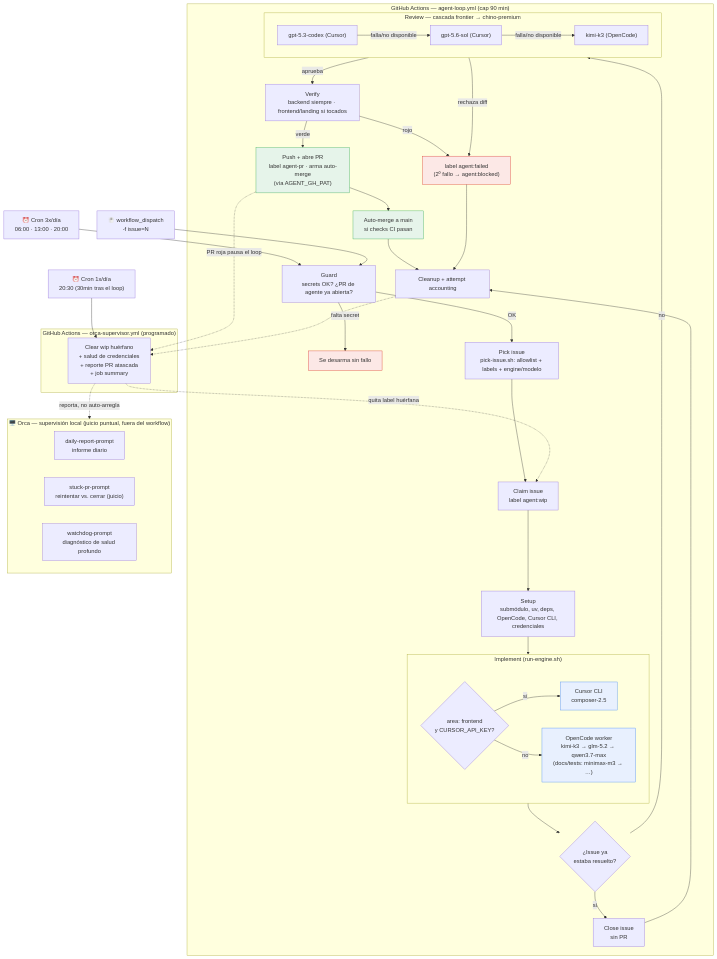
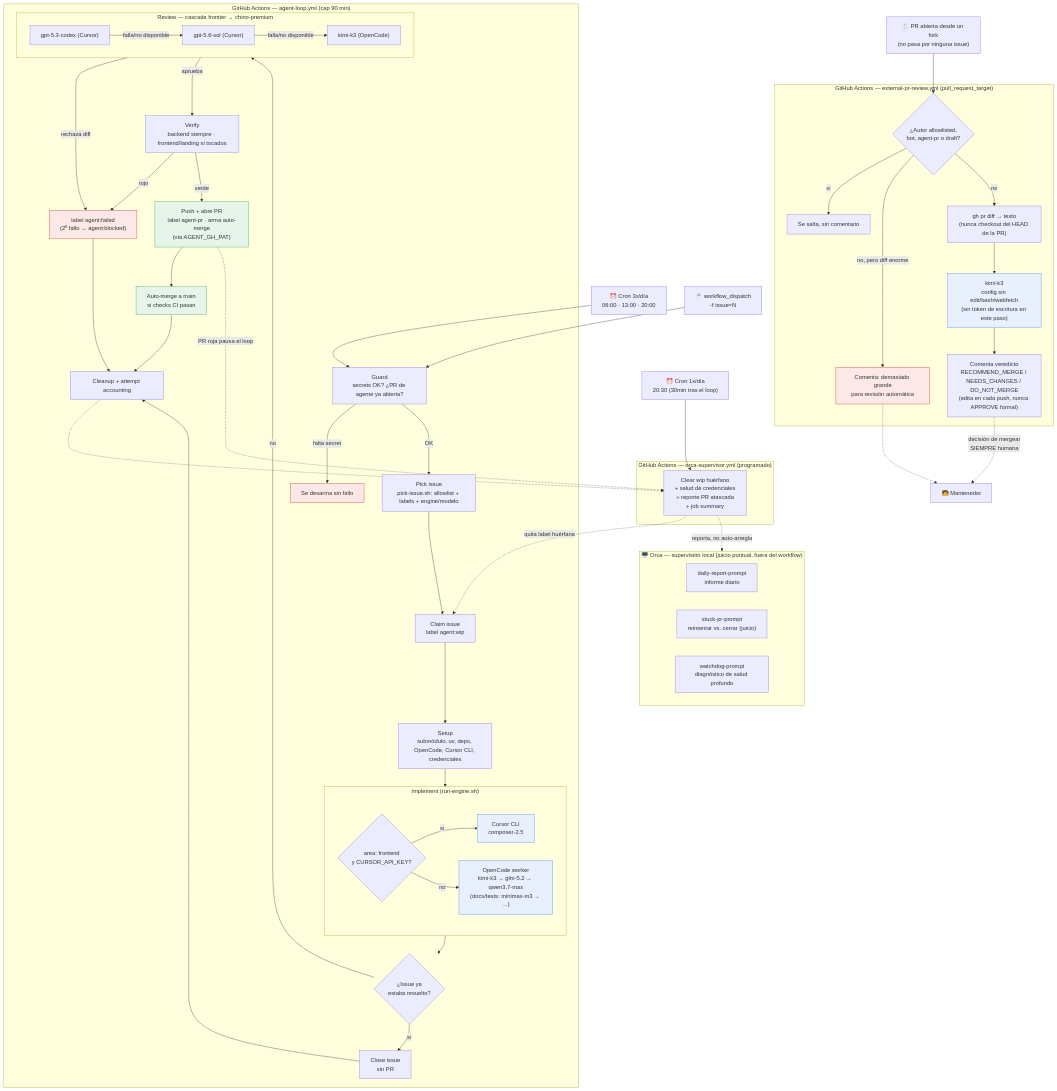
One commit to Santisoutoo/LexFlow changed the diagram in docs/agent-loop/resumen-sistema-agentes.md. Above: the diagram before and after it, drawn with Mermaid. The commit also changed other lines of this file and 5 other files, not shown here.

````diff
--- a/docs/agent-loop/resumen-sistema-agentes.md
+++ b/docs/agent-loop/resumen-sistema-agentes.md
@@ -177,64 +220,78 @@
 ```mermaid
 flowchart TD
     CRON["⏰ Cron 3x/día<br/>06:00 · 13:00 · 20:00"] --> GUARD
     DISPATCH["🖱️ workflow_dispatch<br/>-f issue=N"] --> GUARD
 
     subgraph WF["GitHub Actions — agent-loop.yml (cap 90 min)"]
         GUARD["Guard<br/>secrets OK? ¿PR de agente ya abierta?"]
         GUARD -->|falta secret| DISARM["Se desarma sin fallo"]
         GUARD -->|OK| PICK["Pick issue<br/>pick-issue.sh: allowlist + labels + engine/modelo"]
         PICK --> CLAIM["Claim issue<br/>label agent:wip"]
         CLAIM --> SETUP["Setup<br/>submódulo, uv, deps, OpenCode, Cursor CLI, credenciales"]
         SETUP --> IMPLEMENT
 
         subgraph IMPLEMENT["Implement (run-engine.sh)"]
             direction LR
             ENGDEC{"area: frontend<br/>y CURSOR_API_KEY?"}
             ENGDEC -->|sí| CURSOR["Cursor CLI<br/>composer-2.5"]
             ENGDEC -->|no| OPENCODE["OpenCode worker<br/>kimi-k3 → glm-5.2 → qwen3.7-max<br/>(docs/tests: minimax-m3 → …)"]
         end
 
         IMPLEMENT --> DONE{"¿Issue ya<br/>estaba resuelto?"}
         DONE -->|sí| CLOSE["Close issue<br/>sin PR"]
         DONE -->|no| REVIEW
 
         subgraph REVIEW["Review — cascada frontier → chino-premium"]
             direction LR
             R1["gpt-5.3-codex (Cursor)"] -->|falla/no disponible| R2["gpt-5.6-sol (Cursor)"]
             R2 -->|falla/no disponible| R3["kimi-k3 (OpenCode)"]
         end
 
         REVIEW -->|rechaza diff| FAILED["label agent:failed<br/>(2º fallo → agent:blocked)"]
         REVIEW -->|aprueba| VERIFY["Verify<br/>backend siempre · frontend/landing si tocados"]
         VERIFY -->|rojo| FAILED
         VERIFY -->|verde| PR["Push + abre PR<br/>label agent-pr · arma auto-merge<br/>(vía AGENT_GH_PAT)"]
         PR --> MERGE["Auto-merge a main<br/>si checks CI pasan"]
         MERGE --> CLEANUP["Cleanup + attempt accounting"]
         FAILED --> CLEANUP
         CLOSE --> CLEANUP
     end
 
     SUPCRON["⏰ Cron 1x/día<br/>20:30 (30min tras el loop)"] --> SUPERVISOR
 
     subgraph SUP["GitHub Actions — orca-supervisor.yml (programado)"]
         SUPERVISOR["Clear wip huérfano<br/>+ salud de credenciales<br/>+ reporte PR atascada<br/>+ job summary"]
     end
 
     subgraph ORCA["🖥️ Orca — supervisión local (juicio puntual, fuera del workflow)"]
         DAILY["daily-report-prompt<br/>informe diario"]
         STUCK["stuck-pr-prompt<br/>reintentar vs. cerrar (juicio)"]
         WATCHDOG["watchdog-prompt<br/>diagnóstico de salud profundo"]
     end
 
     PR -.->|PR roja pausa el loop| SUPERVISOR
     CLEANUP -.-> SUPERVISOR
     SUPERVISOR -.->|quita label huérfana| CLAIM
     SUPERVISOR -.->|reporta, no auto-arregla| ORCA
 
+    EXTPR["🍴 PR abierta desde un fork<br/>(no pasa por ninguna issue)"] --> EGUARD
+
+    subgraph EXTREVIEW["GitHub Actions — external-pr-review.yml (pull_request_target)"]
+        EGUARD{"¿Autor allowlisted,<br/>bot, agent-pr o draft?"}
+        EGUARD -->|sí| ESKIP["Se salta, sin comentario"]
+        EGUARD -->|no, pero diff enorme| ETOOBIG["Comenta: demasiado grande<br/>para revisión automática"]
+        EGUARD -->|no| EDIFF["gh pr diff → texto<br/>(nunca checkout del HEAD de la PR)"]
+        EDIFF --> EREVIEW["kimi-k3<br/>config sin edit/bash/webfetch<br/>(sin token de escritura en este paso)"]
+        EREVIEW --> ECOMMENT["Comenta veredicto<br/>RECOMMEND_MERGE / NEEDS_CHANGES / DO_NOT_MERGE<br/>(edita en cada push, nunca APPROVE formal)"]
+    end
+
+    ECOMMENT -.->|"decisión de mergear<br/>SIEMPRE humana"| HUMAN["🧑 Mantenedor"]
+    ETOOBIG -.-> HUMAN
+
     classDef engine fill:#e8f0fe,stroke:#4285f4
     classDef risk fill:#fce8e6,stroke:#d93025
     classDef ok fill:#e6f4ea,stroke:#34a853
-    class CURSOR,OPENCODE engine
-    class FAILED,DISARM risk
+    class CURSOR,OPENCODE,EREVIEW engine
+    class FAILED,DISARM,ETOOBIG risk
     class MERGE,PR ok
 ```
````
